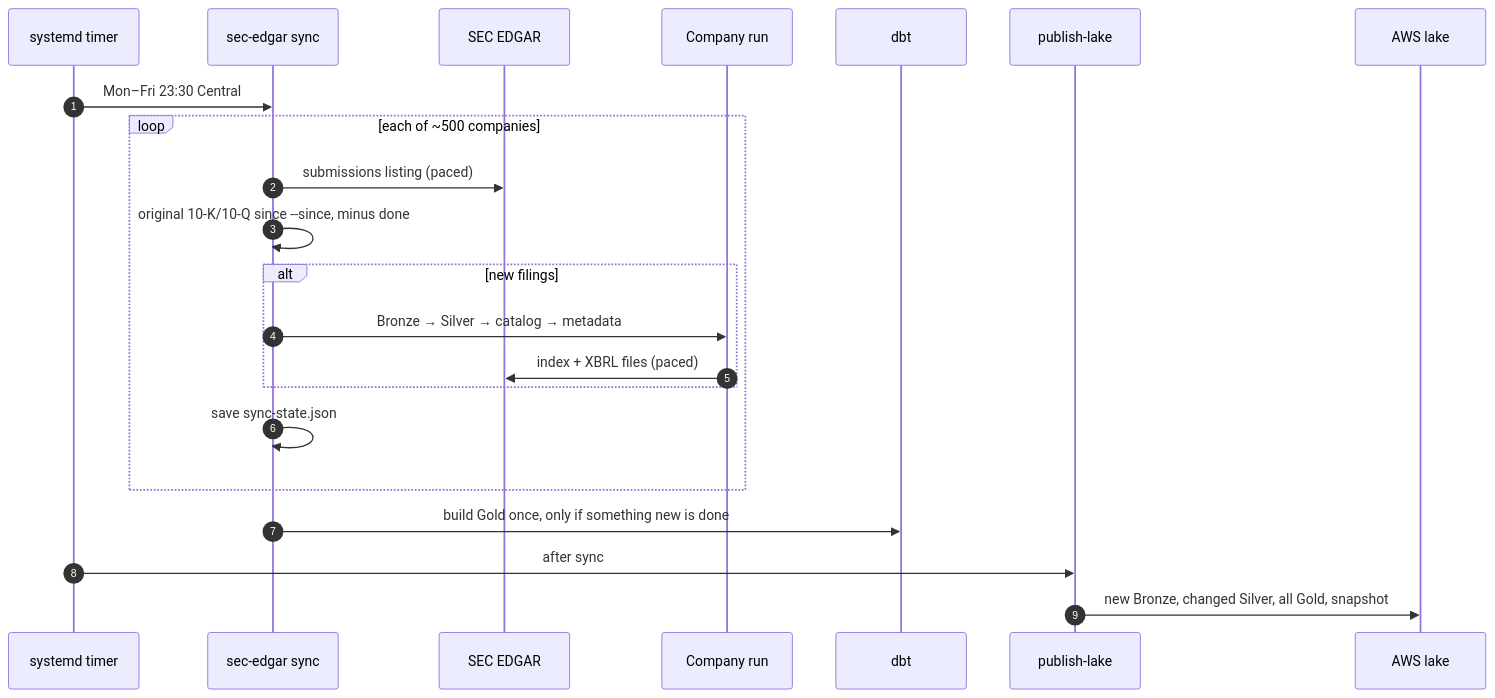
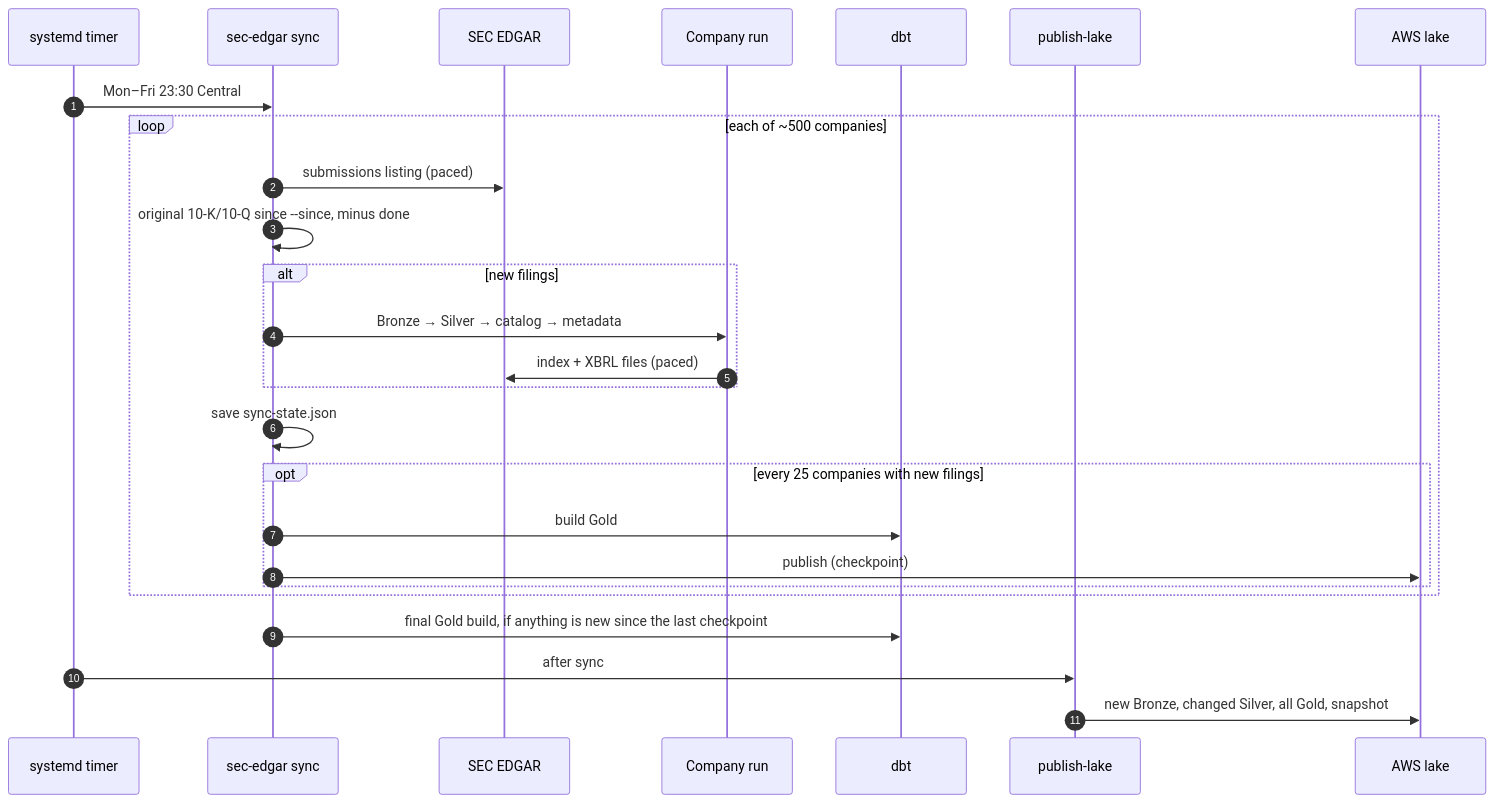
Before and after one commit to dhirajkk91/sec-edgar-financial-data-lakehouse: the second of 2 diagrams in docs/architectures/end-to-end-pipeline.md, drawn with Mermaid. The commit also changed other lines of this file and 11 other files, not shown here.

Commit message:
Publish to the lake every 25 companies during long syncs

````diff
--- a/docs/architectures/end-to-end-pipeline.md
+++ b/docs/architectures/end-to-end-pipeline.md
@@ -56,25 +56,29 @@
 ```mermaid
 sequenceDiagram
     autonumber
     participant T as systemd timer
     participant S as sec-edgar sync
     participant SEC as SEC EDGAR
     participant R as Company run
     participant D as dbt
     participant P as publish-lake
     participant L as AWS lake
 
     T->>S: Mon–Fri 23:30 Central
     loop each of ~500 companies
         S->>SEC: submissions listing (paced)
         S->>S: original 10-K/10-Q since --since, minus done
         alt new filings
             S->>R: Bronze → Silver → catalog → metadata
             R->>SEC: index + XBRL files (paced)
         end
         S->>S: save sync-state.json
+        opt every 25 companies with new filings
+            S->>D: build Gold
+            S->>L: publish (checkpoint)
+        end
     end
-    S->>D: build Gold once, only if something new is done
+    S->>D: final Gold build, if anything is new since the last checkpoint
     T->>P: after sync
     P->>L: new Bronze, changed Silver, all Gold, snapshot
 ```
````
